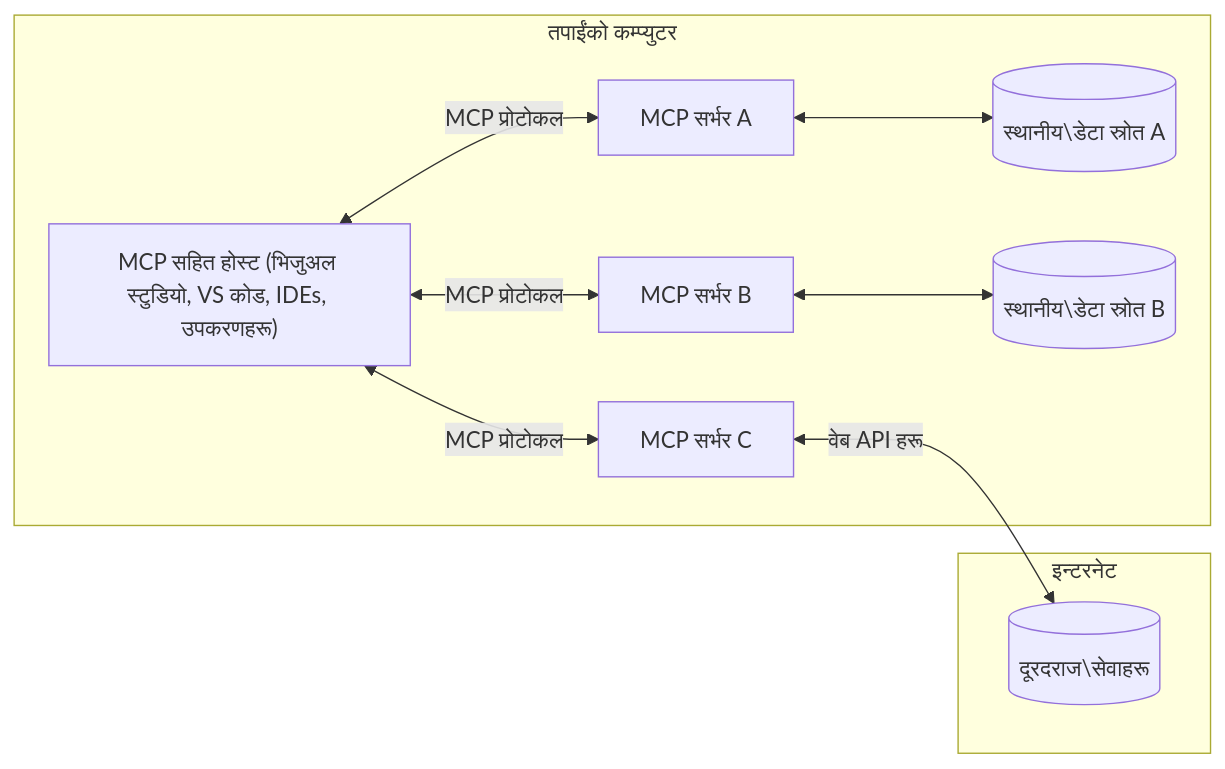
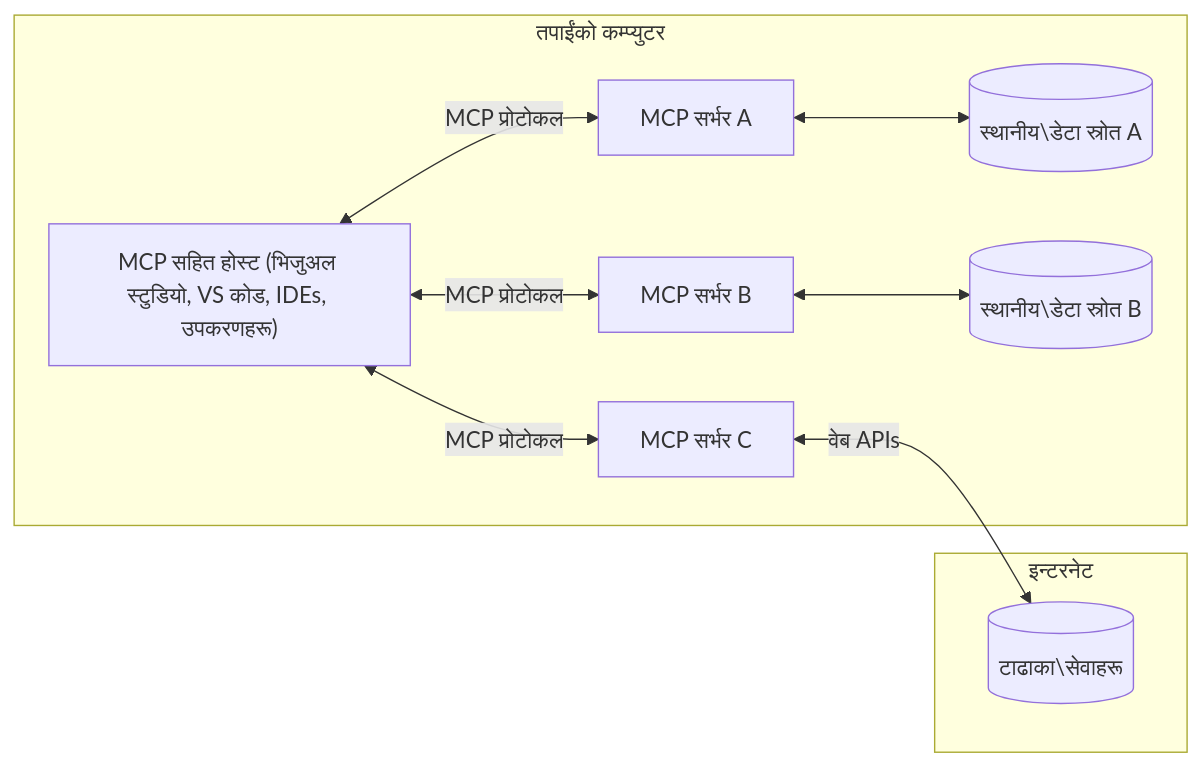
One commit to Mu-L/mcp-for-beginners changed the diagram in translations/ne/01-CoreConcepts/README.md. Above: the diagram before and after it, drawn with Mermaid. The commit also changed other lines of this file and 5 other files, not shown here.

````diff
--- a/translations/ne/01-CoreConcepts/README.md
+++ b/translations/ne/01-CoreConcepts/README.md
@@ -45,17 +45,17 @@
 ```mermaid
 flowchart LR
     subgraph "तपाईंको कम्प्युटर"
         Host["MCP सहित होस्ट (भिजुअल स्टुडियो, VS कोड, IDEs, उपकरणहरू)"]
         S1["MCP सर्भर A"]
         S2["MCP सर्भर B"]
         S3["MCP सर्भर C"]
         Host <-->|"MCP प्रोटोकल"| S1
         Host <-->|"MCP प्रोटोकल"| S2
         Host <-->|"MCP प्रोटोकल"| S3
         S1 <--> D1[("स्थानीय\डेटा स्रोत A")]
         S2 <--> D2[("स्थानीय\डेटा स्रोत B")]
     end
     subgraph "इन्टरनेट"
-        S3 <-->|"वेब API हरू"| D3[("दूरदराज\सेवाहरू")]
+        S3 <-->|"वेब APIs"| D3[("टाढाका\सेवाहरू")]
     end
 ```
````
